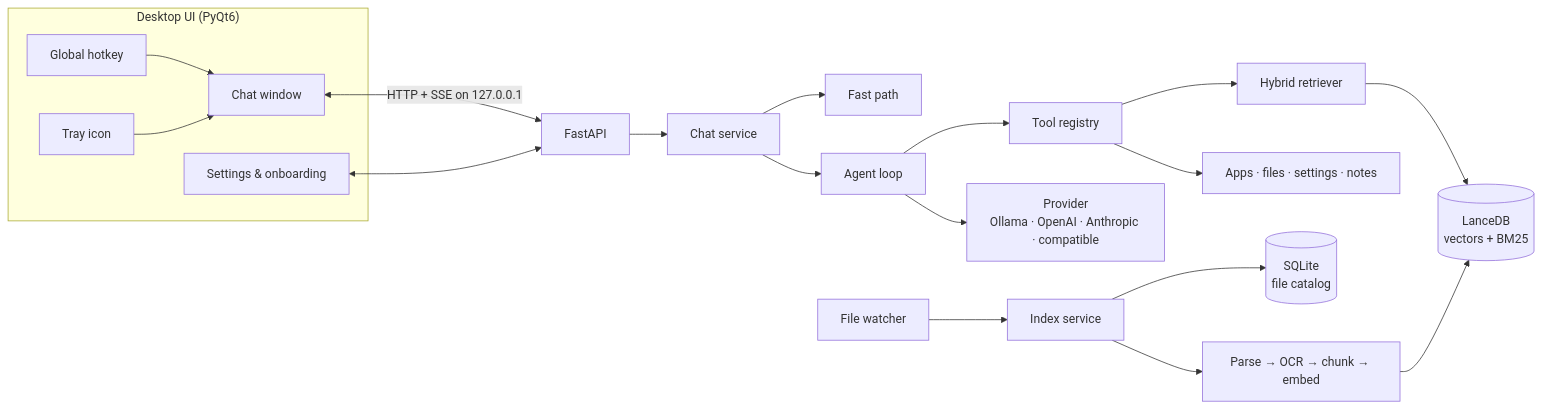
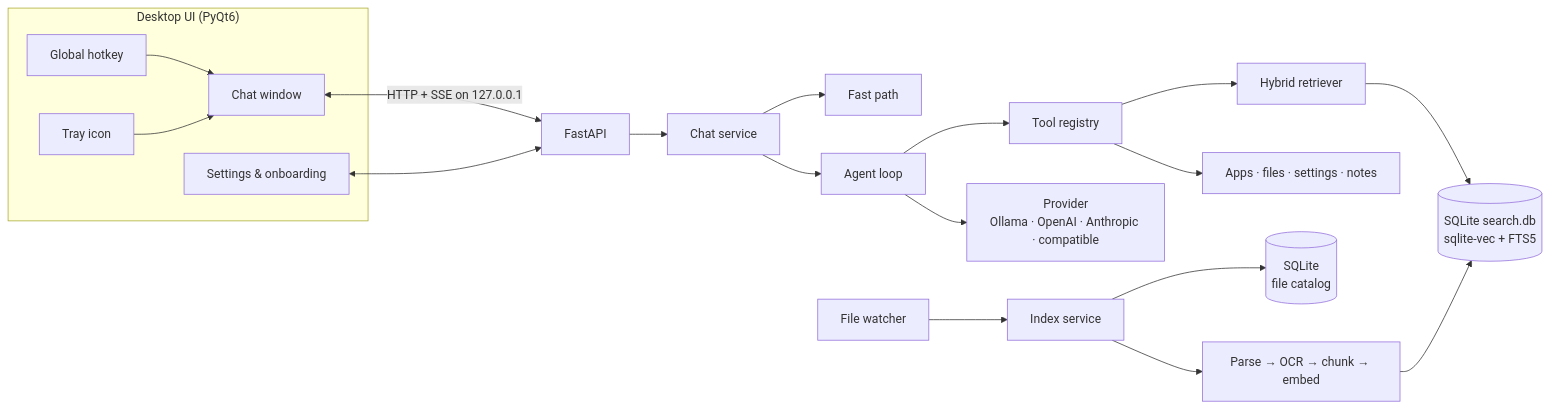
One commit to DripYeager/Nimbus changed the diagram in README.md. Above: the diagram before and after it, drawn with Mermaid. The commit also changed other lines of this file and 32 other files, not shown here.

Commit message:
perf: switch search to SQLite (sqlite-vec + FTS5) and OCR to Windows' built-in engine

````diff
--- a/README.md
+++ b/README.md
@@ -83,21 +95,21 @@
 ```mermaid
 flowchart LR
     subgraph UI["Desktop UI (PyQt6)"]
         H[Global hotkey] --> C[Chat window]
         T[Tray icon] --> C
         S[Settings & onboarding]
     end
     C <-->|HTTP + SSE on 127.0.0.1| API[FastAPI]
     S <--> API
     API --> CS[Chat service]
     CS --> FP[Fast path]
     CS --> AG[Agent loop]
     AG --> TR[Tool registry]
     AG --> P["Provider<br/>Ollama · OpenAI · Anthropic · compatible"]
     TR --> R[Hybrid retriever]
     TR --> ACT[Apps · files · settings · notes]
-    R --> VS[(LanceDB<br/>vectors + BM25)]
+    R --> VS[(SQLite search.db<br/>sqlite-vec + FTS5)]
     W[File watcher] --> IS[Index service]
     IS --> CAT[(SQLite<br/>file catalog)]
     IS --> IX[Parse → OCR → chunk → embed] --> VS
 ```
````
